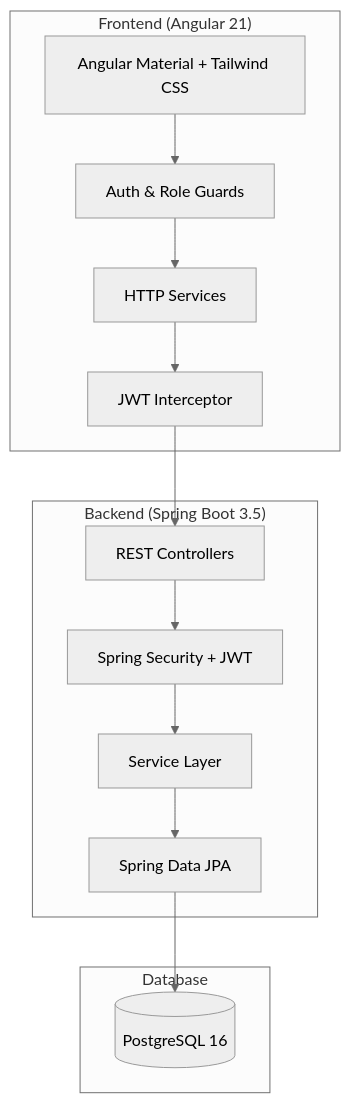
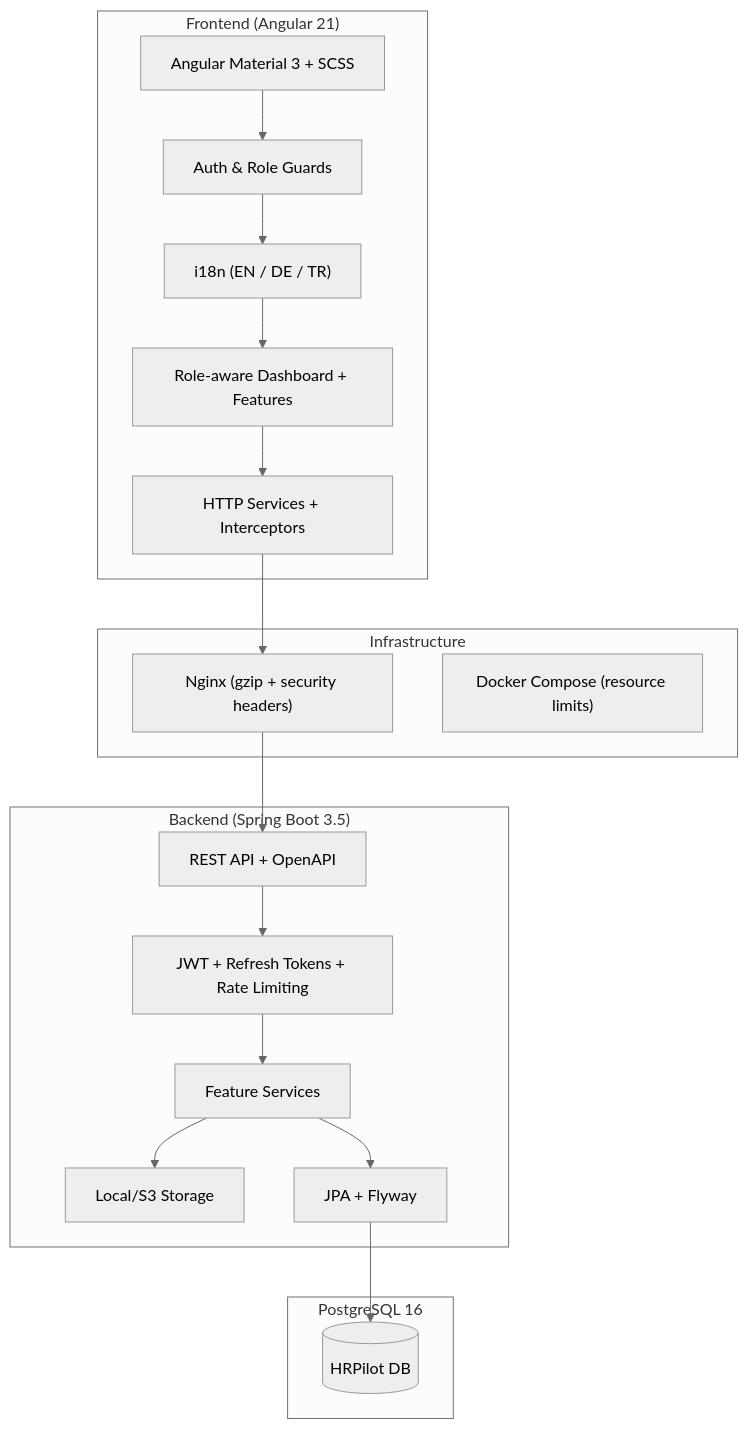
The diagram in README.md (krookskala/HRPilot), drawn with Mermaid (neutral theme) before and after one commit. The commit also changed other lines of this file, not shown here.

````diff
--- a/README.md
+++ b/README.md
@@ -14,24 +27,32 @@
 ```mermaid
 graph TB
     subgraph Frontend["Frontend (Angular 21)"]
-        UI[Angular Material + Tailwind CSS]
-        Guards[Auth & Role Guards]
-        Interceptor[JWT Interceptor]
-        Services[HTTP Services]
+        UI["Angular Material 3 + SCSS"]
+        Guards["Auth & Role Guards"]
+        I18n["i18n (EN / DE / TR)"]
+        Shell["Role-aware Dashboard + Features"]
+        Services["HTTP Services + Interceptors"]
     end
 
     subgraph Backend["Backend (Spring Boot 3.5)"]
-        Controllers[REST Controllers]
-        Security[Spring Security + JWT]
-        ServiceLayer[Service Layer]
-        JPA[Spring Data JPA]
+        API["REST API + OpenAPI"]
+        Security["JWT + Refresh Tokens + Rate Limiting"]
+        Domain["Feature Services"]
+        Storage["Local/S3 Storage"]
+        Persistence["JPA + Flyway"]
     end
 
-    subgraph Database["Database"]
-        PG[(PostgreSQL 16)]
+    subgraph Infra["Infrastructure"]
+        Nginx["Nginx (gzip + security headers)"]
+        Docker["Docker Compose (resource limits)"]
     end
 
-    UI --> Guards --> Services
-    Services --> Interceptor --> Controllers
-    Controllers --> Security --> ServiceLayer --> JPA --> PG
+    subgraph Database["PostgreSQL 16"]
+        PG[(HRPilot DB)]
+    end
+
+    UI --> Guards --> I18n --> Shell --> Services --> Nginx
+    Nginx --> API
+    API --> Security --> Domain --> Storage
+    Domain --> Persistence --> PG
 ```
````
